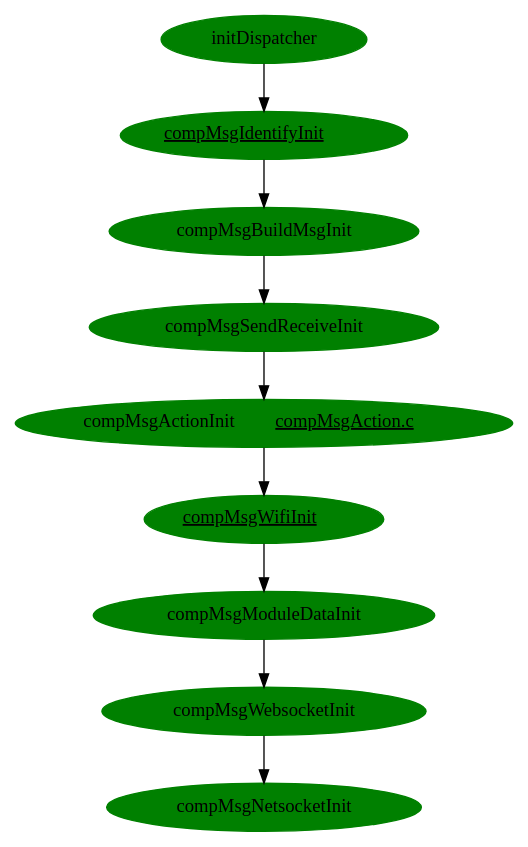
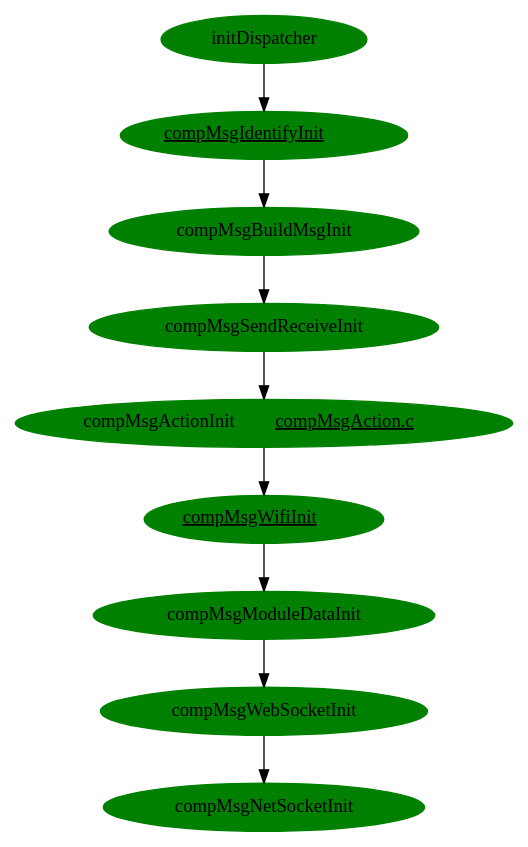
The diagram in dot_files/initDispatcher.dot (apwiede/nodemcu), drawn with Graphviz before and after one commit. The commit also changed 2 other files, not shown here.

```diff
--- a/dot_files/initDispatcher.dot
+++ b/dot_files/initDispatcher.dot
@@ -1,19 +1,19 @@
 digraph G24 {
   initDispatcher[style="filled", color="green"];
   initDispatcher -> compMsgIdentifyInit;
   compMsgIdentifyInit[label=<<u>compMsgIdentifyInit</u>>, style="filled", color="green", URL="\ref compMsgIdentifyInit"];
   compMsgIdentifyInit -> compMsgBuildMsgInit;
   compMsgBuildMsgInit[style="filled", color="green"];
   compMsgBuildMsgInit -> compMsgSendReceiveInit;
   compMsgSendReceiveInit[style="filled", color="green"];
   compMsgSendReceiveInit -> compMsgActionInit;
   compMsgActionInit[label=<compMsgActionInit <u>compMsgAction.c</u>>, style="filled", color="green" URL="\ref compMsgAction.c"];
   compMsgActionInit -> compMsgWifiInit;
   compMsgWifiInit[label=<<u>compMsgWifiInit</u>>, style="filled", color="green" URL="\ref compMsgWifiInit"];
   compMsgWifiInit -> compMsgModuleDataInit;
   compMsgModuleDataInit[style="filled", color="green"];
-  compMsgModuleDataInit -> compMsgWebsocketInit;
-  compMsgWebsocketInit[style="filled", color="green"];
-  compMsgWebsocketInit -> compMsgNetsocketInit;
-  compMsgNetsocketInit[style="filled", color="green"];
+  compMsgModuleDataInit -> compMsgWebSocketInit;
+  compMsgWebSocketInit[style="filled", color="green"];
+  compMsgWebSocketInit -> compMsgNetSocketInit;
+  compMsgNetSocketInit[style="filled", color="green"];
 }
```
